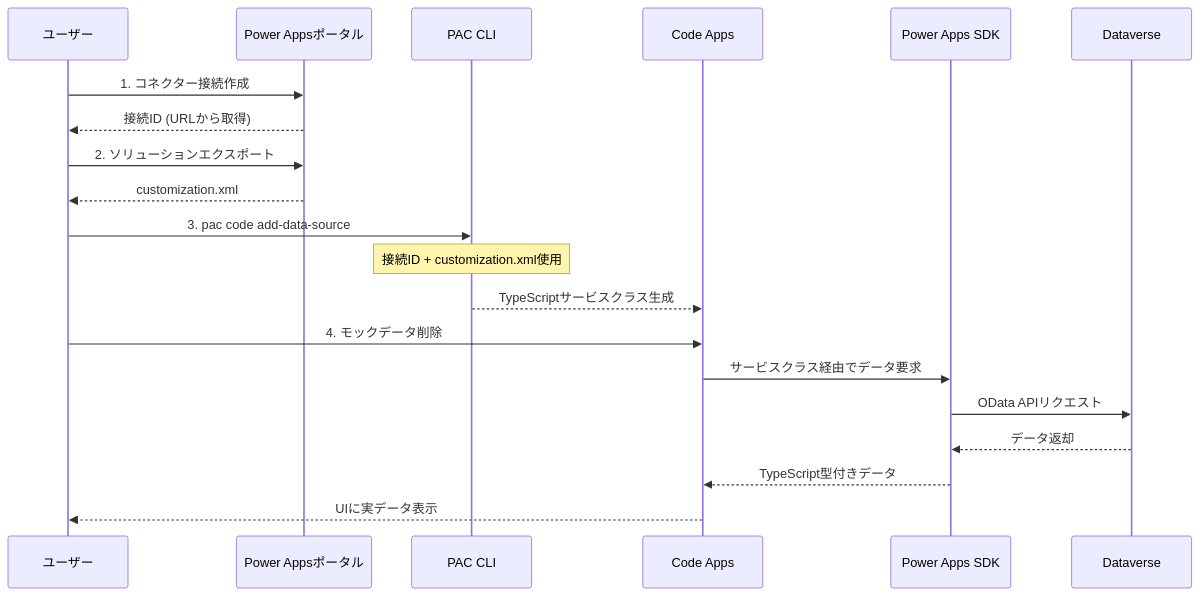
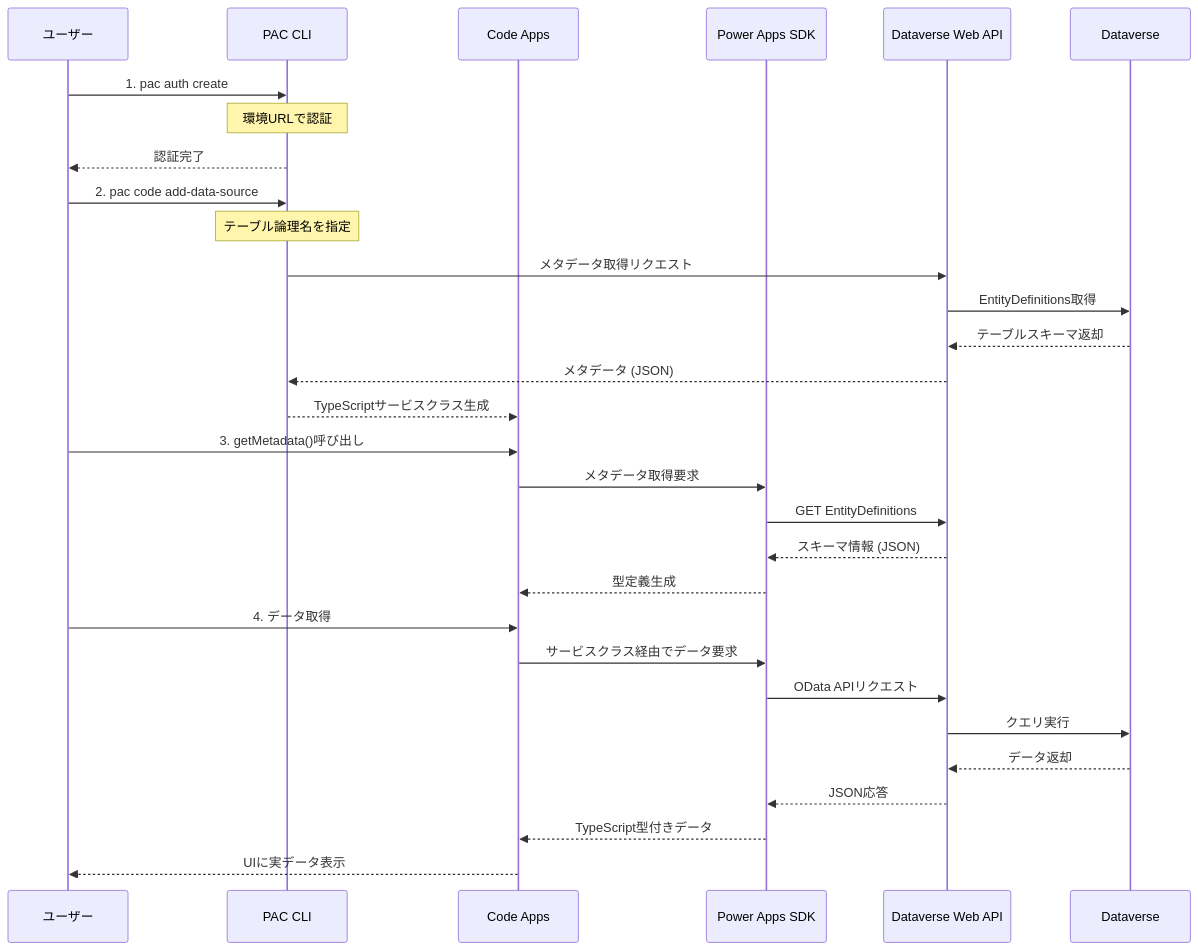
The second of 6 diagrams in PHASE3_DATA_INTEGRATION.md (PLUG365/DecisionFlow), drawn with Mermaid before and after one commit. The commit also changed other lines of this file, not shown here.

Commit message:
Update PHASE3 documentation with official API-based methods

````diff
--- a/PHASE3_DATA_INTEGRATION.md
+++ b/PHASE3_DATA_INTEGRATION.md
@@ -128,26 +128,36 @@
 ```mermaid
 sequenceDiagram
     participant User as ユーザー
-    participant Portal as Power Appsポータル
     participant CLI as PAC CLI
     participant App as Code Apps
     participant SDK as Power Apps SDK
+    participant API as Dataverse Web API
     participant DV as Dataverse
     
-    User->>Portal: 1. コネクター接続作成
-    Portal-->>User: 接続ID (URLから取得)
+    User->>CLI: 1. pac auth create
+    Note over CLI: 環境URLで認証
+    CLI-->>User: 認証完了
     
-    User->>Portal: 2. ソリューションエクスポート
-    Portal-->>User: customization.xml
-    
-    User->>CLI: 3. pac code add-data-source
-    Note over CLI: 接続ID + customization.xml使用
+    User->>CLI: 2. pac code add-data-source
+    Note over CLI: テーブル論理名を指定
+    CLI->>API: メタデータ取得リクエスト
+    API->>DV: EntityDefinitions取得
+    DV-->>API: テーブルスキーマ返却
+    API-->>CLI: メタデータ (JSON)
     CLI-->>App: TypeScriptサービスクラス生成
     
-    User->>App: 4. モックデータ削除
+    User->>App: 3. getMetadata()呼び出し
+    App->>SDK: メタデータ取得要求
+    SDK->>API: GET EntityDefinitions
+    API-->>SDK: スキーマ情報 (JSON)
+    SDK-->>App: 型定義生成
+    
+    User->>App: 4. データ取得
     App->>SDK: サービスクラス経由でデータ要求
-    SDK->>DV: OData APIリクエスト
-    DV-->>SDK: データ返却
+    SDK->>API: OData APIリクエスト
+    API->>DV: クエリ実行
+    DV-->>API: データ返却
+    API-->>SDK: JSON応答
     SDK-->>App: TypeScript型付きデータ
     App-->>User: UIに実データ表示
 ```
````
